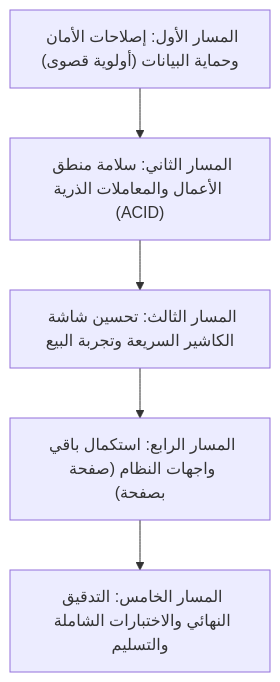
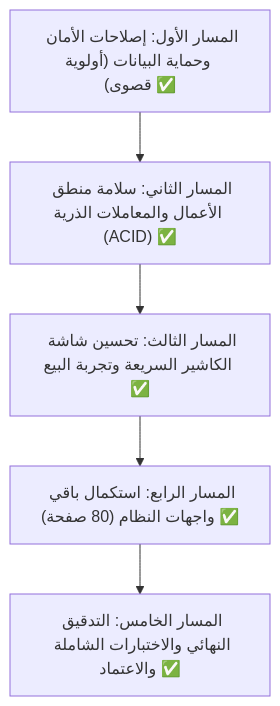
The diagram in MASTER_ROADMAP.md (profwema/POS), drawn with Mermaid before and after one commit. The commit also changed other lines of this file and 13 other files, not shown here.

````diff
--- a/MASTER_ROADMAP.md
+++ b/MASTER_ROADMAP.md
@@ -26,7 +25,7 @@
 ```mermaid
 graph TD
-    A["المسار الأول: إصلاحات الأمان وحماية البيانات (أولوية قصوى)"] --> B["المسار الثاني: سلامة منطق الأعمال والمعاملات الذرية (ACID)"]
-    B --> C["المسار الثالث: تحسين شاشة الكاشير السريعة وتجربة البيع"]
-    C --> D["المسار الرابع: استكمال باقي واجهات النظام (صفحة بصفحة)"]
-    D --> E["المسار الخامس: التدقيق النهائي والاختبارات الشاملة والتسليم"]
+    A["المسار الأول: إصلاحات الأمان وحماية البيانات (أولوية قصوى) ✅"] --> B["المسار الثاني: سلامة منطق الأعمال والمعاملات الذرية (ACID) ✅"]
+    B --> C["المسار الثالث: تحسين شاشة الكاشير السريعة وتجربة البيع ✅"]
+    C --> D["المسار الرابع: استكمال باقي واجهات النظام (80 صفحة) ✅"]
+    D --> E["المسار الخامس: التدقيق النهائي والاختبارات الشاملة والاعتماد ✅"]
 ```
````
